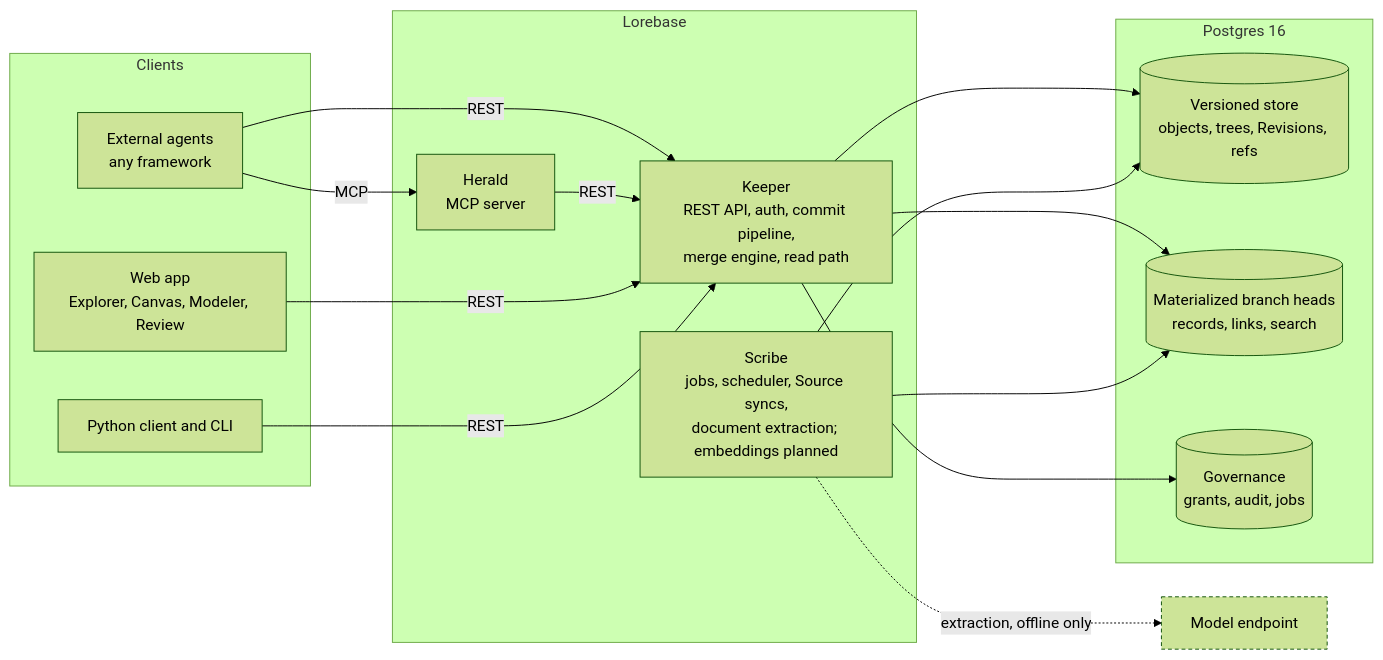
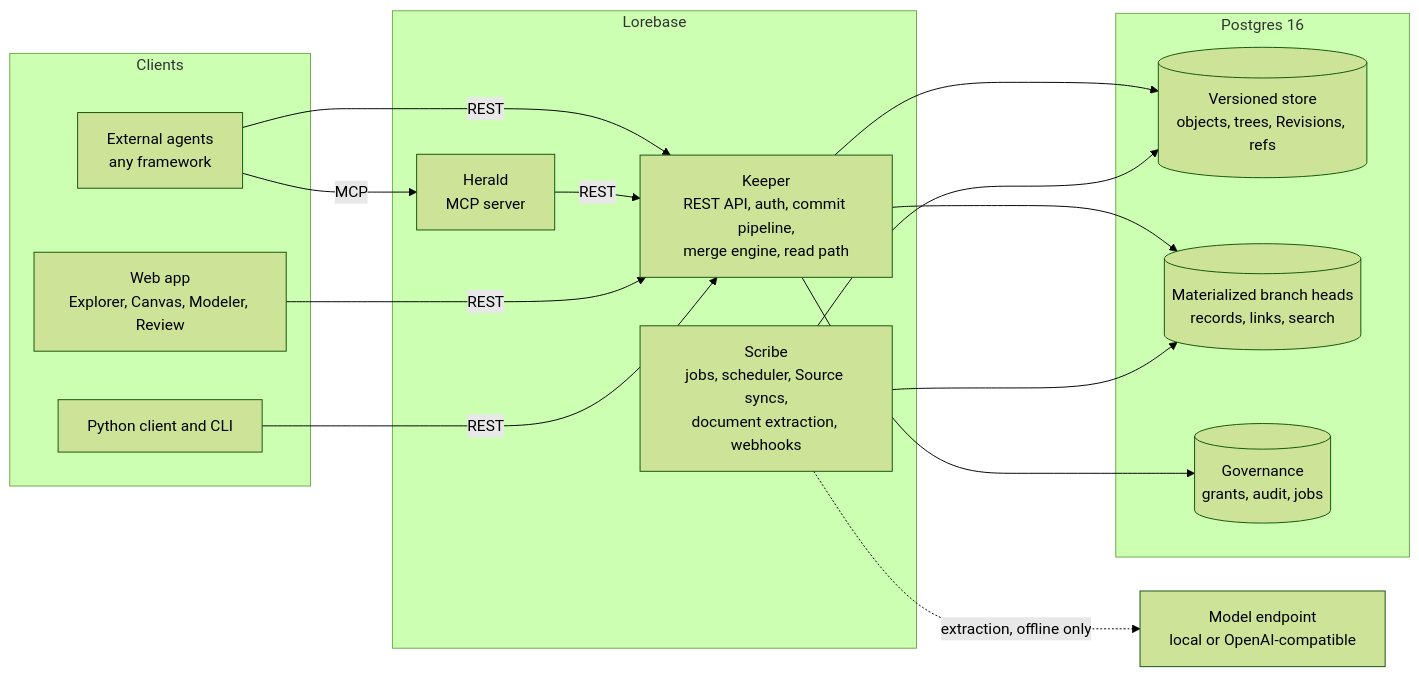
Before and after one commit to aantenore/lorebase: the diagram in README.md, drawn with Mermaid (forest theme). The commit also changed other lines of this file and 4 other files, not shown here.

Commit message:
Align the roadmap, README, FAQ and changelog with main

````diff
--- a/README.md
+++ b/README.md
@@ -152,34 +158,32 @@
 ```mermaid
 flowchart LR
   subgraph Clients
     A1[External agents<br/>any framework]
     A2[Web app<br/>Explorer, Canvas, Modeler, Review]
     A3[Python client and CLI]
   end
 
   subgraph Lorebase
     H[Herald<br/>MCP server]
     K[Keeper<br/>REST API, auth, commit pipeline,<br/>merge engine, read path]
-    S[Scribe<br/>jobs, scheduler, Source syncs,<br/>document extraction; embeddings planned]
+    S[Scribe<br/>jobs, scheduler, Source syncs,<br/>document extraction, webhooks]
   end
 
   subgraph PG[Postgres 16]
     V[(Versioned store<br/>objects, trees, Revisions, refs)]
     M[(Materialized branch heads<br/>records, links, search)]
     G[(Governance<br/>grants, audit, jobs)]
   end
 
   A1 -- MCP --> H
   A1 -- REST --> K
   H -- REST --> K
   A2 -- REST --> K
   A3 -- REST --> K
   K --> V
   K --> M
   K --> G
   S --> V
   S --> M
-  S -. extraction, offline only .-> L[Model endpoint]:::planned
-
-  classDef planned stroke-dasharray: 4 3
+  S -. extraction, offline only .-> L[Model endpoint<br/>local or OpenAI-compatible]
 ```
````
